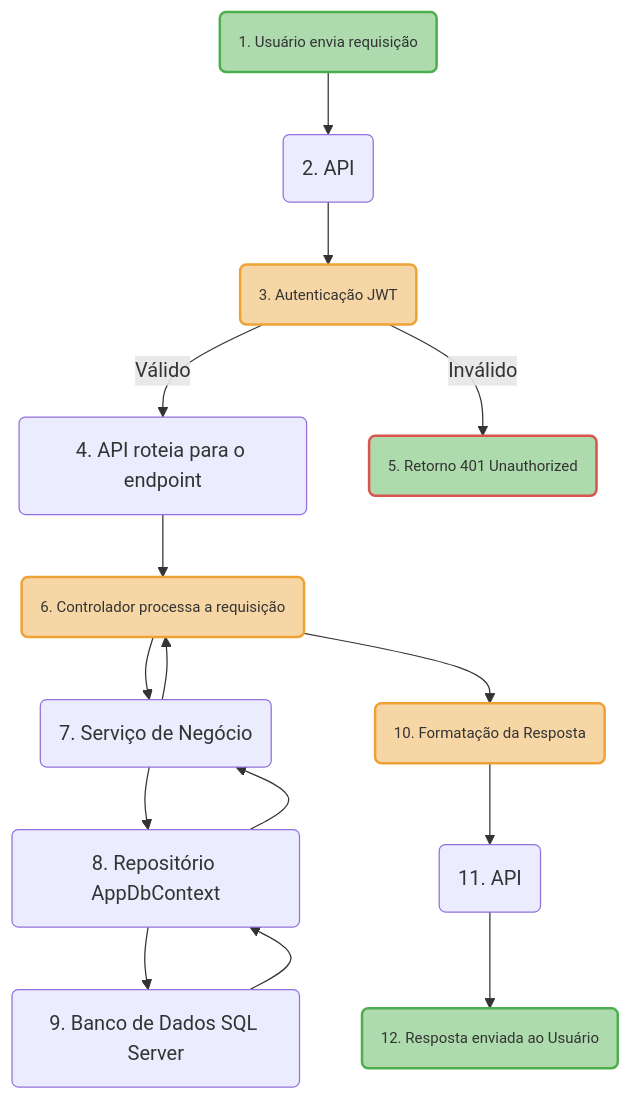
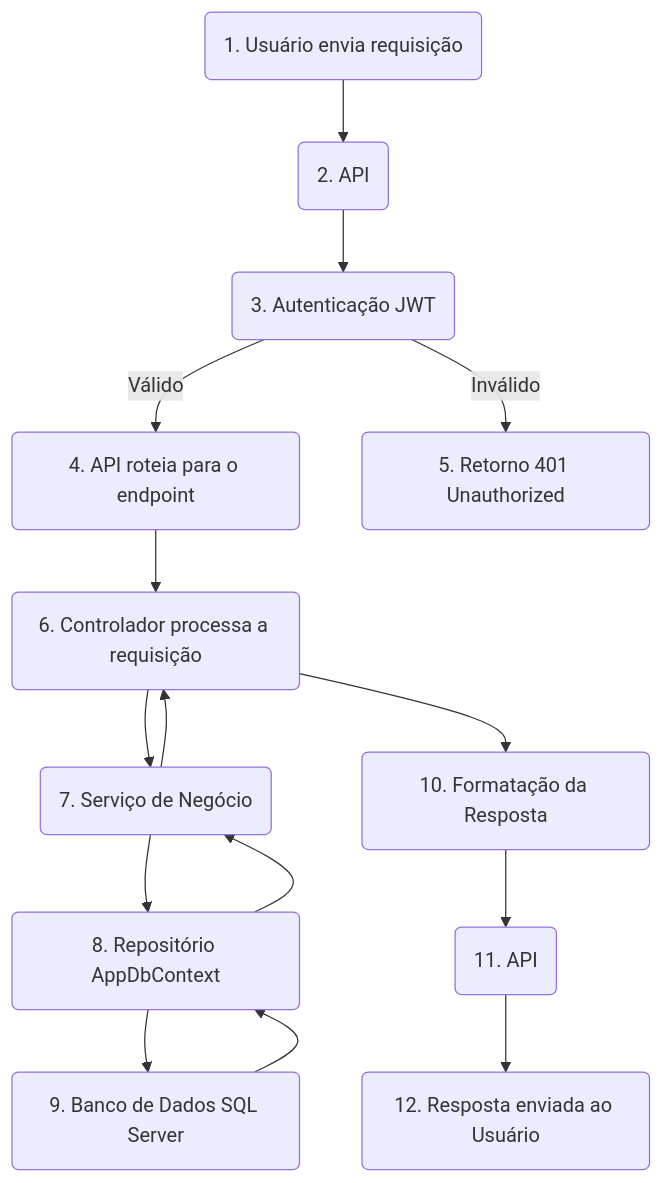
One commit to WallaceSousa88/LifeHacksCode changed the diagram in C#/read.md. Above: the diagram before and after it, drawn with Mermaid.

Commit message:
test mermaid

````diff
--- a/C#/read.md
+++ b/C#/read.md
@@ -3,24 +3,17 @@
 ```mermaid
 graph TD
     A(1. Usuário envia requisição) --> B(2. API)
     B --> C(3. Autenticação JWT)
     C -- Válido --> D(4. API roteia para o endpoint)
     C -- Inválido --> E(5. Retorno 401 Unauthorized)
     D --> F(6. Controlador processa a requisição)
     F --> G(7. Serviço de Negócio)
     G --> H(8. Repositório AppDbContext)
     H --> I(9. Banco de Dados SQL Server)
     I --> H
     H --> G
     G --> F
     F --> J(10. Formatação da Resposta)
     J --> K(11. API)
     K --> L(12. Resposta enviada ao Usuário)
-
-    style A fill:#5cb85c80,stroke:#4cae4c,stroke-width:2px,text-align:center,font-size:12px
-    style C fill:#f0ad4e80,stroke:#eea236,stroke-width:2px,text-align:center,font-size:12px
-    style E fill:#5cb85c80,stroke:#d9534f,stroke-width:2px,text-align:center,font-size:12px
-    style F fill:#f0ad4e80,stroke:#eea236,stroke-width:2px,text-align:center,font-size:12px
-    style J fill:#f0ad4e80,stroke:#eea236,stroke-width:2px,text-align:center,font-size:12px
-    style L fill:#5cb85c80,stroke:#4cae4c,stroke-width:2px,text-align:center,font-size:12px
 ```
````
